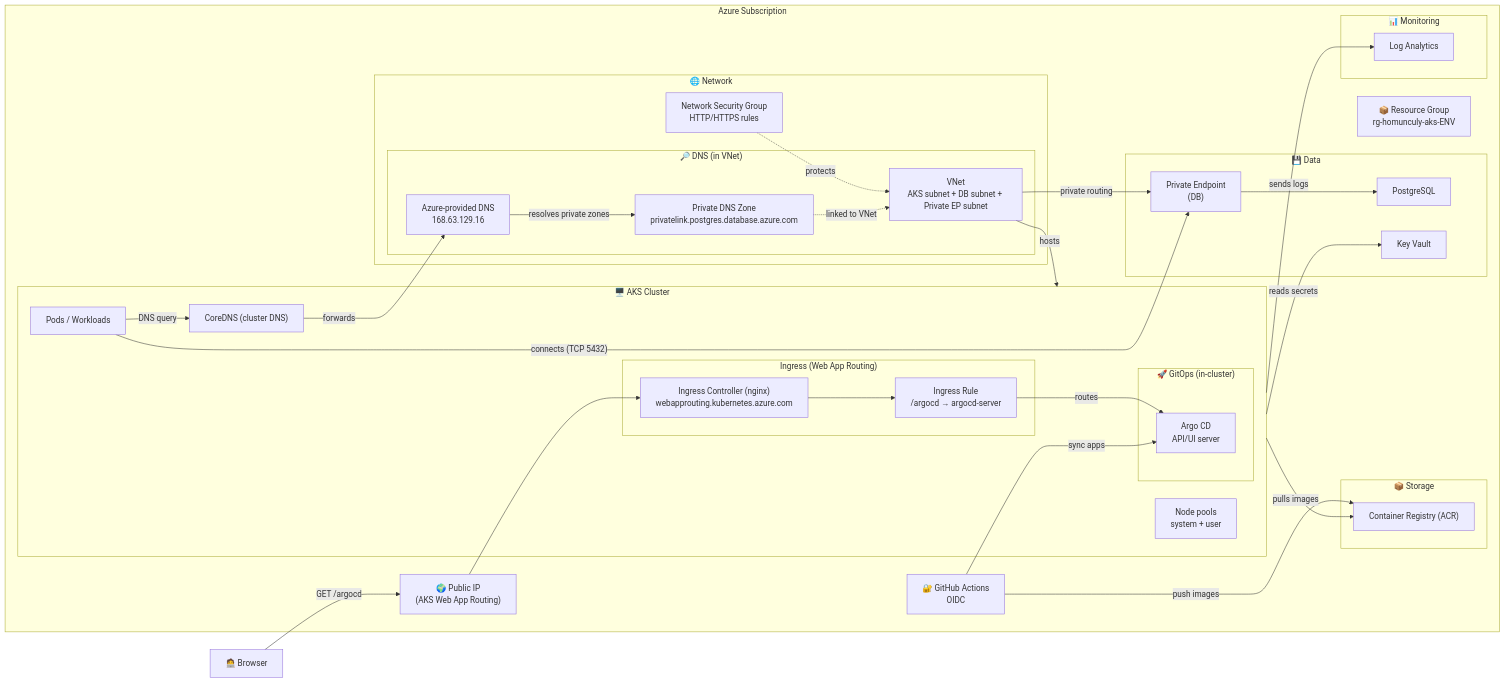
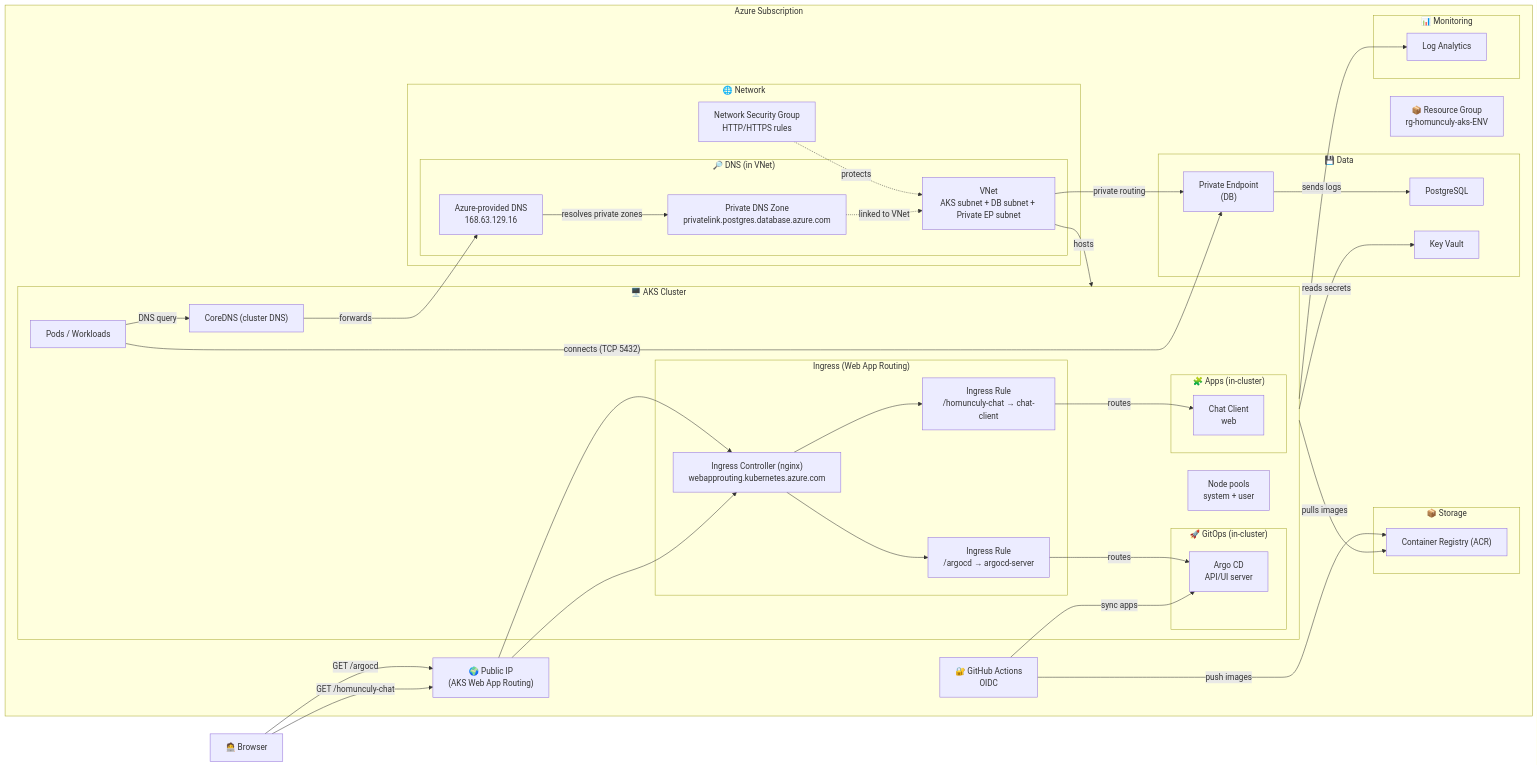
One commit to Jakkapat-Chongsuwat/homunculy changed the diagram in infra/terraform/stacks/aks/Infra.mmd. Above: the diagram before and after it, drawn with Mermaid. The commit also changed 4 other files, not shown here.

Commit message:
fix(chat-client): add base path custom option

```diff
--- a/infra/terraform/stacks/aks/Infra.mmd
+++ b/infra/terraform/stacks/aks/Infra.mmd
@@ -1,79 +1,87 @@
 flowchart LR
     %% AKS stack connectivity (focus: Argo CD access path)
     %% Goal: readable layout with minimal crossing lines
 
     %% Outside entrypoints
     USER["🧑‍💻 Browser"]
 
     subgraph Azure["Azure Subscription"]
         RG["📦 Resource Group<br/>rg-homunculy-aks-ENV"]
         Auth["🔐 GitHub Actions<br/>OIDC"]
 
         %% Public entrypoint is provisioned in Azure, but is visually outside the cluster
         PUBIP["🌍 Public IP<br/>(AKS Web App Routing)"]
 
         subgraph Network["🌐 Network"]
             VNET["VNet<br/>AKS subnet + DB subnet + Private EP subnet"]
             NSG["Network Security Group<br/>HTTP/HTTPS rules"]
             NSG -. "protects" .-> VNET
 
             subgraph DNS["🔎 DNS (in VNet)"]
                 AZDNS["Azure-provided DNS<br/>168.63.129.16"]
                 PDNS["Private DNS Zone<br/>privatelink.postgres.database.azure.com"]
                 PDNS -. "linked to VNet" .-> VNET
                 AZDNS -->|"resolves private zones"| PDNS
             end
         end
 
         subgraph Storage["📦 Storage"]
             ACR["Container Registry (ACR)"]
         end
 
         subgraph Data["💾 Data"]
             DB["PostgreSQL"]
             KV["Key Vault"]
             PE["Private Endpoint<br/>(DB)"]
         end
 
         subgraph Monitoring["📊 Monitoring"]
             LAW["Log Analytics"]
         end
 
         %% Cluster contains workloads (including Argo CD)
         subgraph AKS["🖥️ AKS Cluster"]
             NODES["Node pools<br/>system + user"]
 
             PODS["Pods / Workloads"]
             COREDNS["CoreDNS (cluster DNS)"]
 
             subgraph Ingress["Ingress (Web App Routing)"]
                 IC["Ingress Controller (nginx)<br/>webapprouting.kubernetes.azure.com"]
                 INGR["Ingress Rule<br/>/argocd → argocd-server"]
+                CHAT["Ingress Rule<br/>/homunculy-chat → chat-client"]
                 IC --> INGR
+                IC --> CHAT
             end
 
             subgraph GitOps["🚀 GitOps (in-cluster)"]
                 ARGOCD["Argo CD<br/>API/UI server"]
             end
 
+            subgraph Apps["🧩 Apps (in-cluster)"]
+                CHATCLIENT["Chat Client<br/>web"]
+            end
+
             INGR -->|"routes"| ARGOCD
+            CHAT -->|"routes"| CHATCLIENT
 
             %% DNS resolution path for DB connectivity
             PODS -->|"DNS query"| COREDNS -->|"forwards"| AZDNS
         end
     end
 
     %% Public access path (outside → Azure → cluster)
     USER -->|"GET /argocd"| PUBIP --> IC
+    USER -->|"GET /homunculy-chat"| PUBIP --> IC
 
     %% Core connectivity
     VNET -->|"hosts"| AKS
     VNET -->|"private routing"| PE --> DB
     AKS -->|"pulls images"| ACR
     AKS -->|"reads secrets"| KV
     PODS -->|"connects (TCP 5432)"| PE
     AKS -->|"sends logs"| LAW
 
     %% CI/CD connectivity
     Auth -->|"push images"| ACR
     Auth -->|"sync apps"| ARGOCD
```
